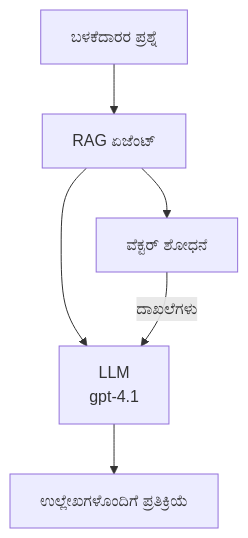
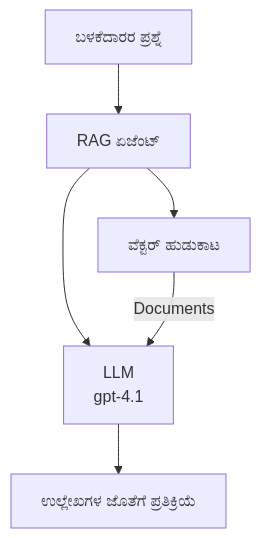
One commit to microsoft/AZD-for-beginners changed the second of 3 diagrams in translations/kn/docs/chapter-02-ai-development/agents.md. Above: the diagram before and after it, drawn with Mermaid. The commit also changed other lines of this file and 59 other files, not shown here.

````diff
--- a/translations/kn/docs/chapter-02-ai-development/agents.md
+++ b/translations/kn/docs/chapter-02-ai-development/agents.md
@@ -181,8 +181,8 @@
 ```mermaid
 graph TD
     Query[ಬಳಕೆದಾರರ ಪ್ರಶ್ನೆ] --> RAG[RAG ಏಜೆಂಟ್]
-    RAG --> Vector[ವೆಕ್ಟರ್ ಶೋಧನೆ]
+    RAG --> Vector[ವೆಕ್ಟರ್ ಹುಡುಕಾಟ]
     RAG --> LLM[LLM<br/>gpt-4.1]
-    Vector -- ದಾಖಲೆಗಳು --> LLM
-    LLM --> Response[ಉಲ್ಲೇಖಗಳೊಂದಿಗೆ ಪ್ರತಿಕ್ರಿಯೆ]
+    Vector -- Documents --> LLM
+    LLM --> Response[ಉಲ್ಲೇಖಗಳ ಜೊತೆಗೆ ಪ್ರತಿಕ್ರಿಯೆ]
 ```
````
